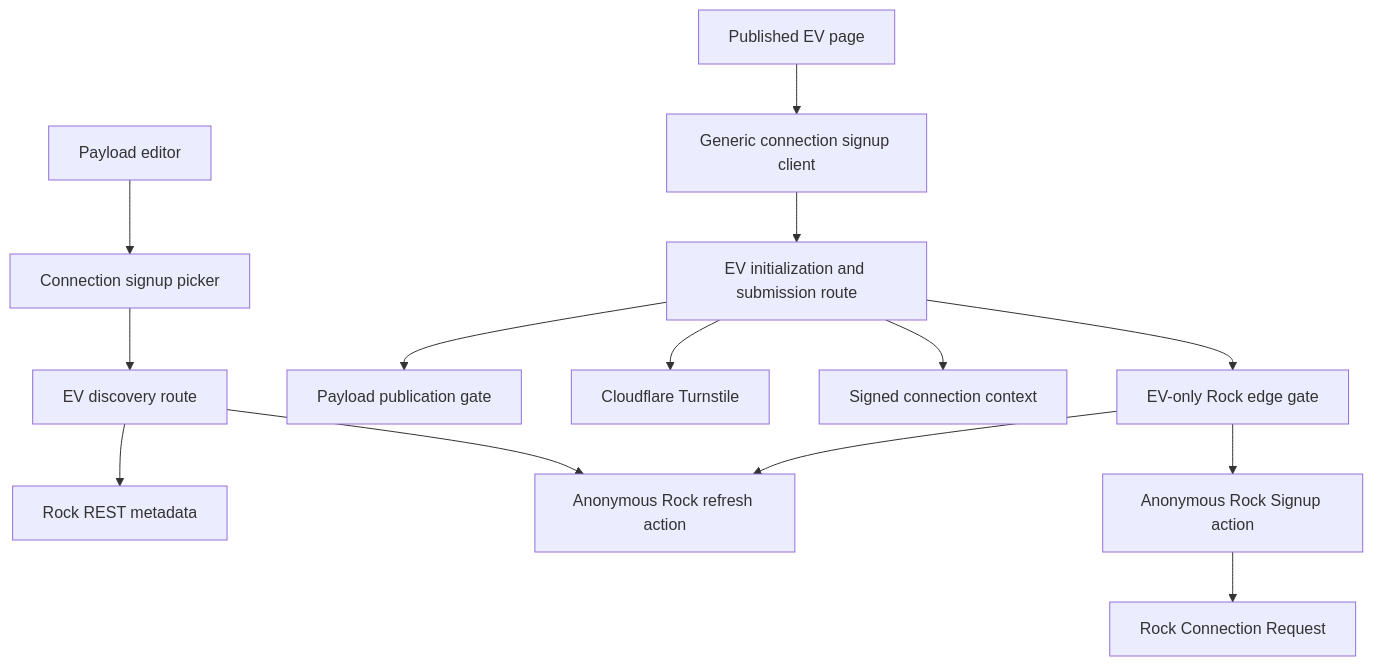
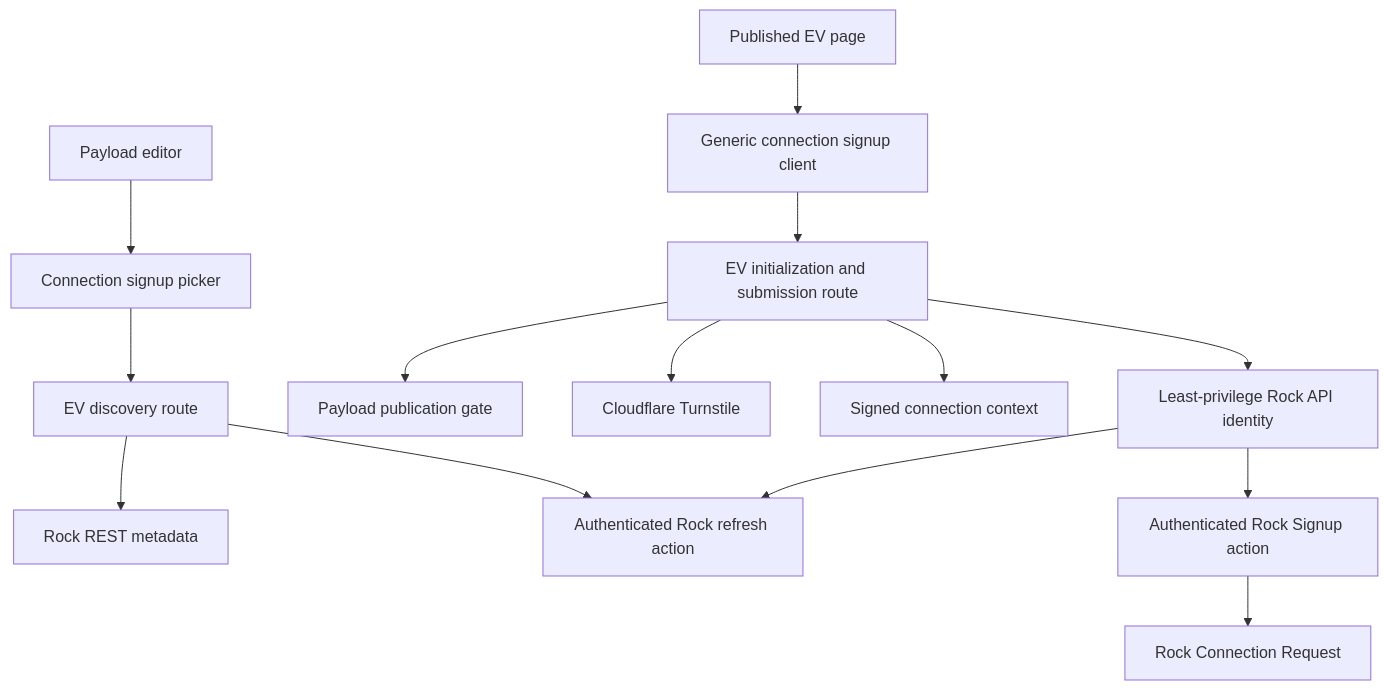
Before and after one commit to EvChurch/website: the first of 4 diagrams in docs/plans/2026-08-04-001-feat-rock-connection-signups-plan.md, drawn with Mermaid. The commit also changed other lines of this file and 54 other files, not shown here.

````diff
--- a/docs/plans/2026-08-04-001-feat-rock-connection-signups-plan.md
+++ b/docs/plans/2026-08-04-001-feat-rock-connection-signups-plan.md
@@ -174,16 +174,16 @@
 ```mermaid
 flowchart TB
   Editor["Payload editor"] --> Picker["Connection signup picker"]
   Picker --> Discovery["EV discovery route"]
   Discovery --> RockMetadata["Rock REST metadata"]
-  Discovery --> RockRefresh["Anonymous Rock refresh action"]
+  Discovery --> RockRefresh["Authenticated Rock refresh action"]
   Page["Published EV page"] --> Client["Generic connection signup client"]
   Client --> EVRoute["EV initialization and submission route"]
   EVRoute --> PublishedGate["Payload publication gate"]
   EVRoute --> Turnstile["Cloudflare Turnstile"]
   EVRoute --> Context["Signed connection context"]
-  EVRoute --> EdgeGate["EV-only Rock edge gate"]
-  EdgeGate --> RockRefresh
-  EdgeGate --> RockSignup["Anonymous Rock Signup action"]
+  EVRoute --> RockAPI["Least-privilege Rock API identity"]
+  RockAPI --> RockRefresh
+  RockAPI --> RockSignup["Authenticated Rock Signup action"]
   RockSignup --> Request["Rock Connection Request"]
 ```
````
